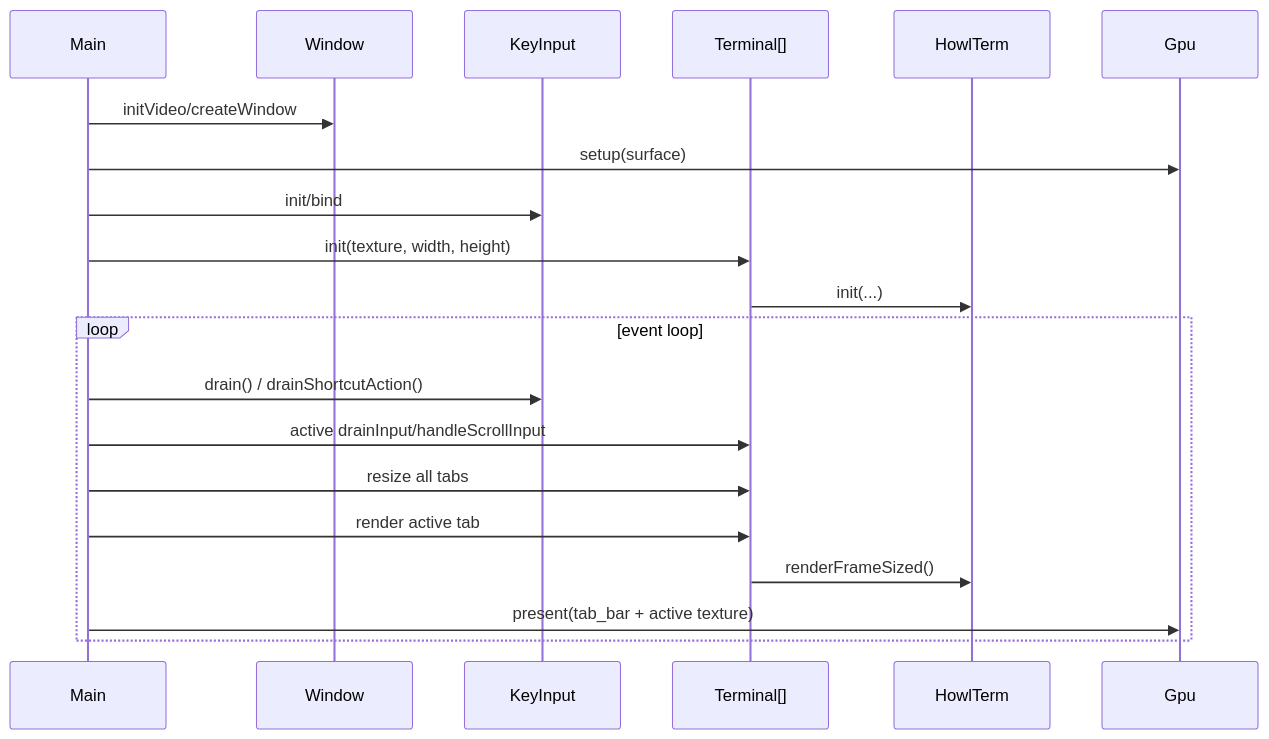
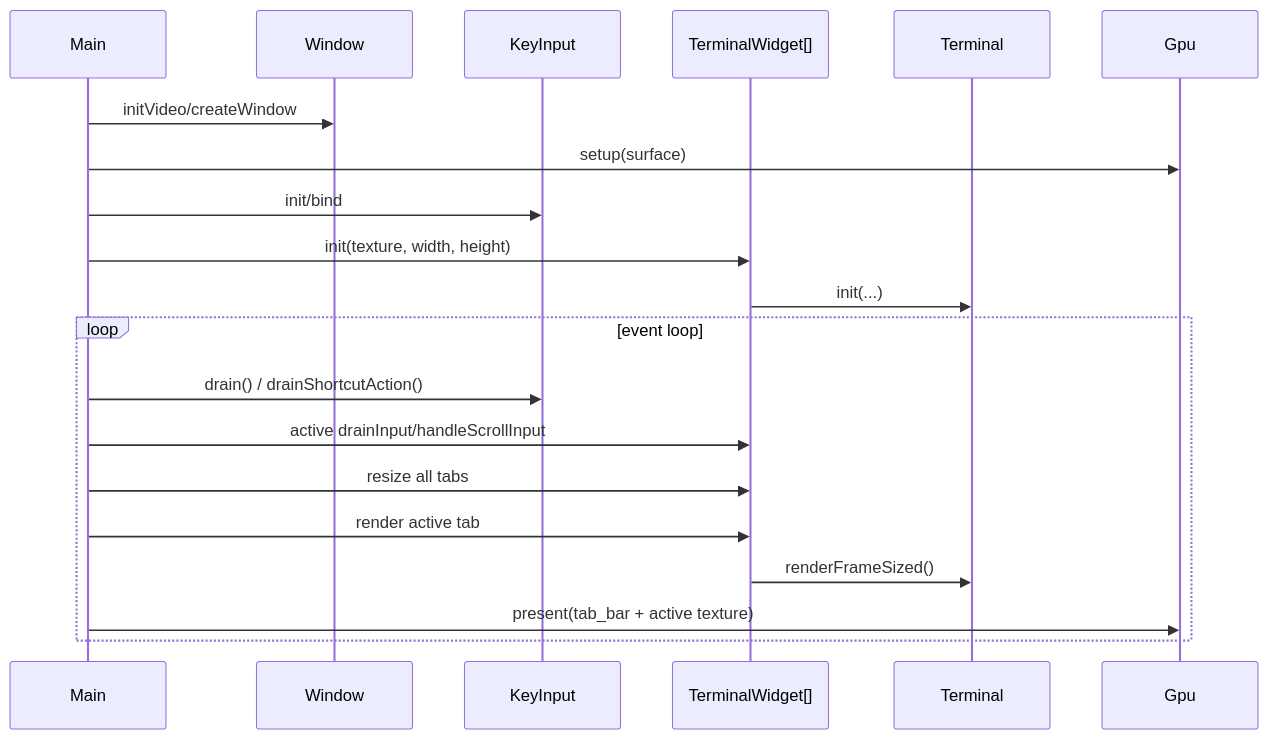
Before and after one commit to LaurenceGuws/howl-linux-host: the third of 3 diagrams in design.md, drawn with Mermaid. The commit also changed other lines of this file and 19 other files, not shown here.

````diff
--- a/design.md
+++ b/design.md
@@ -56,23 +56,23 @@
 ```mermaid
 sequenceDiagram
     participant Main
     participant W as Window
     participant K as KeyInput
-    participant T as Terminal[]
-    participant H as HowlTerm
+    participant T as TerminalWidget[]
+    participant H as Terminal
     participant G as Gpu
 
     Main->>W: initVideo/createWindow
     Main->>G: setup(surface)
     Main->>K: init/bind
     Main->>T: init(texture, width, height)
     T->>H: init(...)
     loop event loop
         Main->>K: drain() / drainShortcutAction()
         Main->>T: active drainInput/handleScrollInput
         Main->>T: resize all tabs
         Main->>T: render active tab
         T->>H: renderFrameSized()
         Main->>G: present(tab_bar + active texture)
     end
 ```
````
